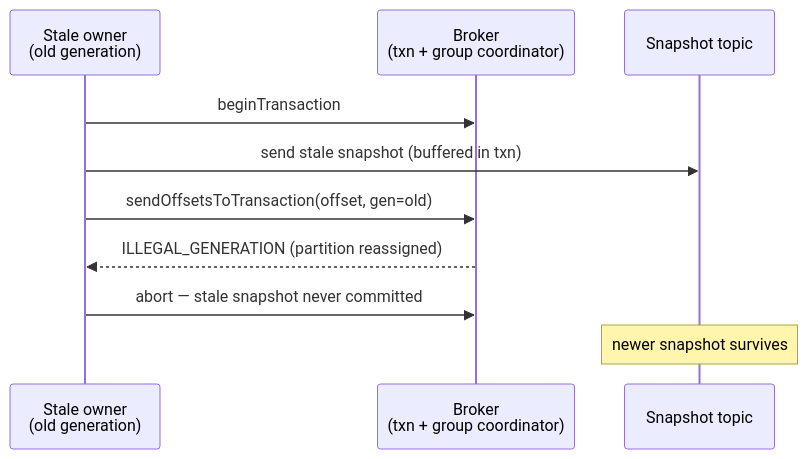
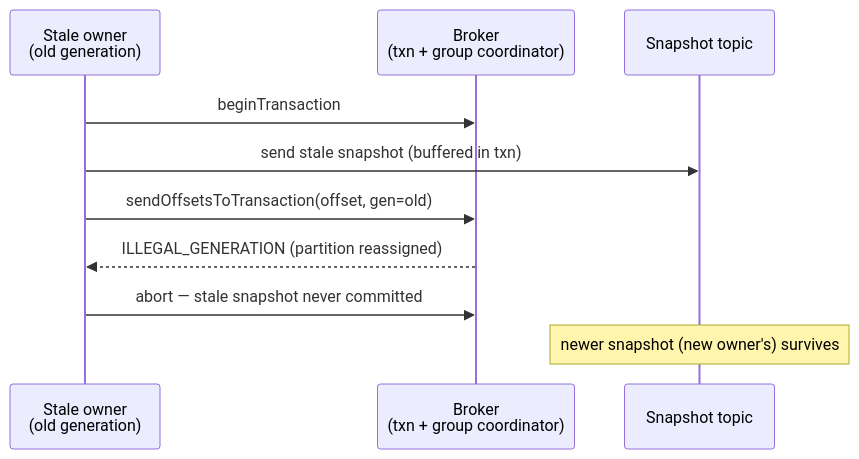
Before and after one commit to evolution-gaming/kafka-flow: the second of 2 diagrams in docs/kafka-single-writer-design.md, drawn with Mermaid. The commit also changed other lines of this file and 1 other file, not shown here.

````diff
--- a/docs/kafka-single-writer-design.md
+++ b/docs/kafka-single-writer-design.md
@@ -50,13 +58,13 @@
 ```mermaid
 sequenceDiagram
     participant B as Stale owner<br/>(old generation)
     participant TC as Broker<br/>(txn + group coordinator)
     participant ST as Snapshot topic
 
     B->>TC: beginTransaction
     B->>ST: send stale snapshot (buffered in txn)
     B->>TC: sendOffsetsToTransaction(offset, gen=old)
     TC-->>B: ILLEGAL_GENERATION (partition reassigned)
     B->>TC: abort — stale snapshot never committed
-    Note over ST: newer snapshot survives
+    Note over ST: newer snapshot (new owner's) survives
 ```
````
